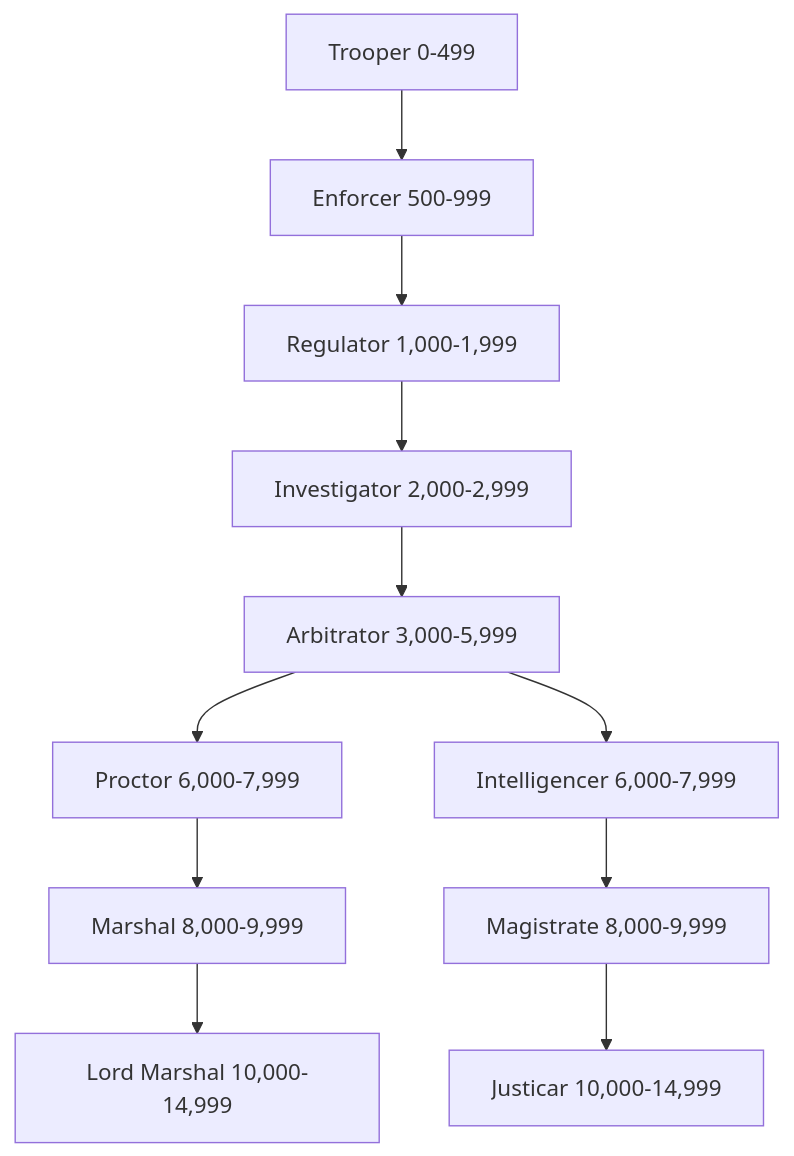
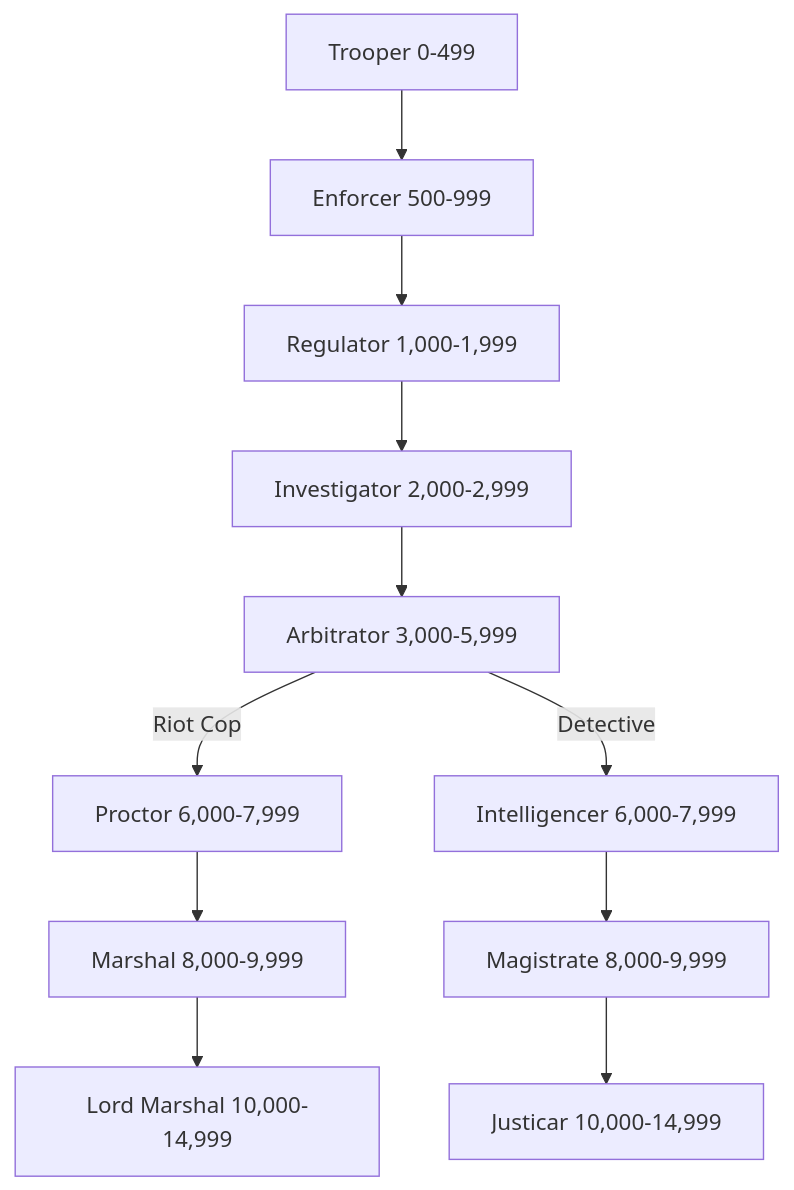
The diagram in Careers/Arbitrator.md (zyzyx159/Rule-books), drawn with Mermaid before and after one commit. The commit also changed 2 other files, not shown here.

Commit message:
vault backup: 2025-08-07 03:42:24

````diff
--- a/Careers/Arbitrator.md
+++ b/Careers/Arbitrator.md
@@ -22,13 +22,13 @@
 ```mermaid
 graph TD
 A[Trooper 0-499] --> B[Enforcer 500-999]
 B --> C[Regulator 1,000-1,999]
 C --> D[Investigator 2,000-2,999]
 D --> E[Arbitrator 3,000-5,999]
-E --> F[Proctor 6,000-7,999]
+E -- Riot Cop --> F[Proctor 6,000-7,999]
 F --> G[Marshal 8,000-9,999]
 G --> H[Lord Marshal 10,000-14,999]
-E --> I[Intelligencer 6,000-7,999]
+E -- Detective --> I[Intelligencer 6,000-7,999]
 I --> J[Magistrate 8,000-9,999]
 J --> K[Justicar 10,000-14,999]
 ```
````
